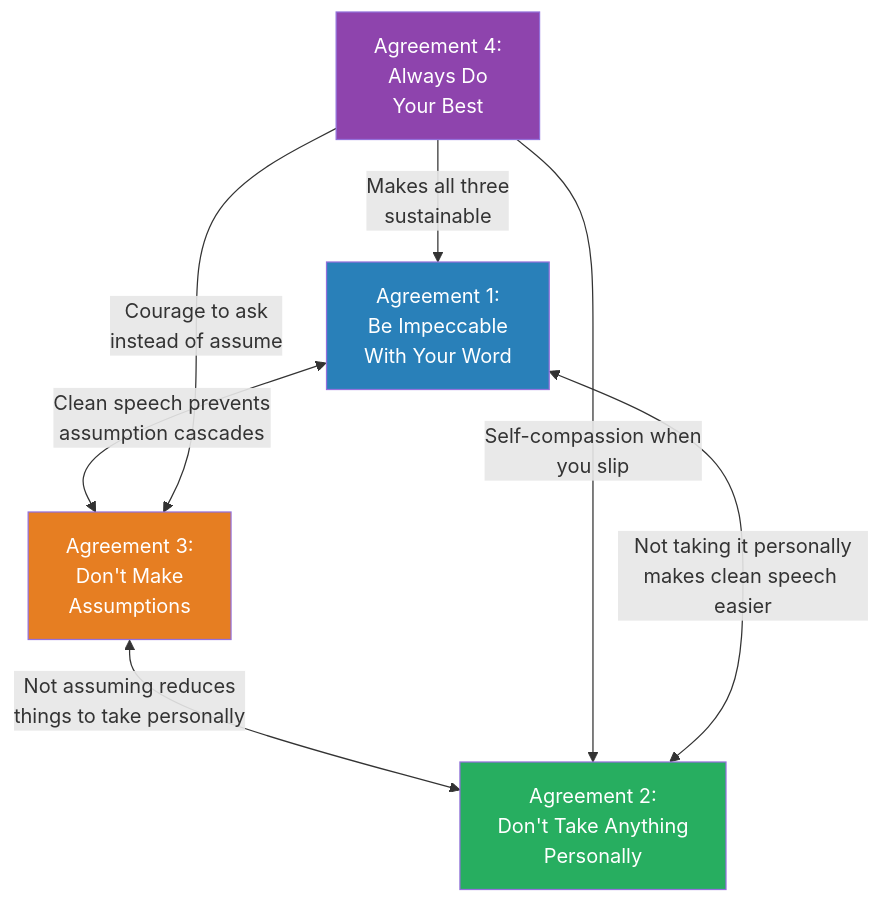
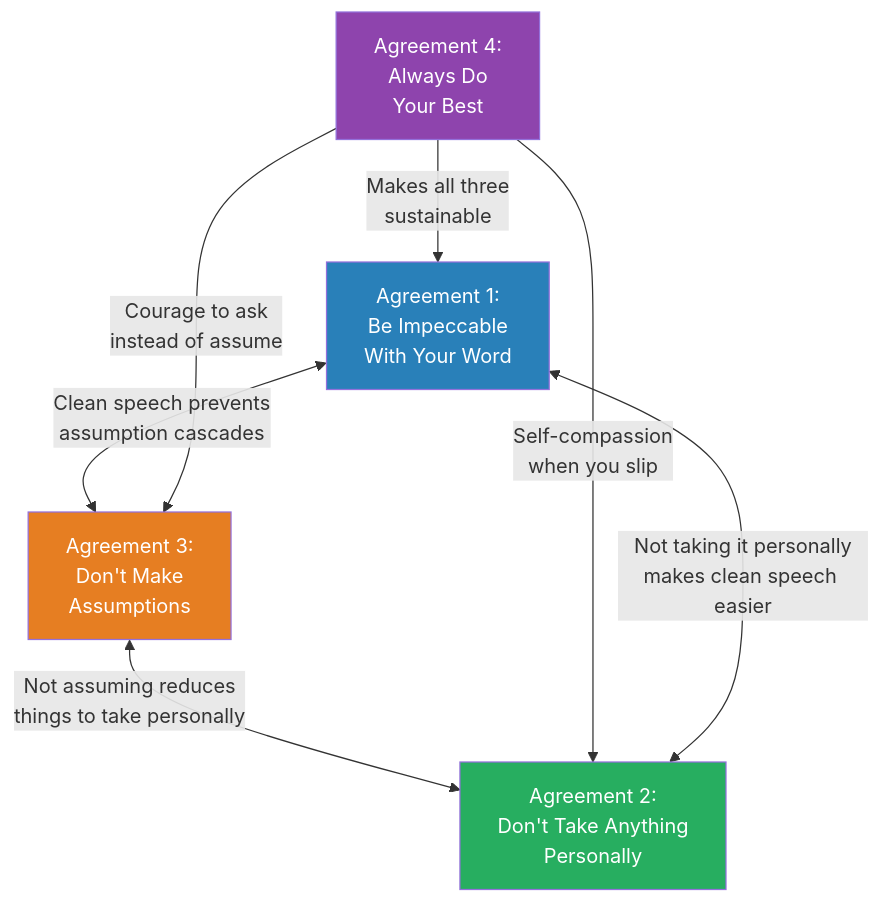
The sixth of 7 diagrams in summaries/Mindset & Self-Mastery/The Four Agreements - Don Miguel Ruiz.md (alius33/reader), drawn with Mermaid before and after one commit. The commit also changed other lines of this file and 272 other files, not shown here.

````diff
--- a/summaries/Mindset & Self-Mastery/The Four Agreements - Don Miguel Ruiz.md
+++ b/summaries/Mindset & Self-Mastery/The Four Agreements - Don Miguel Ruiz.md
@@ -524,14 +656,14 @@
 ```mermaid
 flowchart TD
-    A1["Agreement 1:\nBe Impeccable\nWith Your Word"] <-->|"Clean speech prevents\nassumption cascades"| A3["Agreement 3:\nDon't Make\nAssumptions"]
-    A2["Agreement 2:\nDon't Take Anything\nPersonally"] <-->|"Not taking it personally\nmakes clean speech easier"| A1
-    A3 <-->|"Not assuming reduces\nthings to take personally"| A2
-    A4["Agreement 4:\nAlways Do\nYour Best"] -->|"Makes all three\nsustainable"| A1
-    A4 -->|"Self-compassion when\nyou slip"| A2
-    A4 -->|"Courage to ask\ninstead of assume"| A3
-    
+    A1["Agreement 1:<br>Be Impeccable<br>With Your Word"] <-->|"Clean speech prevents<br>assumption cascades"| A3["Agreement 3:<br>Don't Make<br>Assumptions"]
+    A2["Agreement 2:<br>Don't Take Anything<br>Personally"] <-->|"Not taking it personally<br>makes clean speech easier"| A1
+    A3 <-->|"Not assuming reduces<br>things to take personally"| A2
+    A4["Agreement 4:<br>Always Do<br>Your Best"] -->|"Makes all three<br>sustainable"| A1
+    A4 -->|"Self-compassion<br>when you slip"| A2
+    A4 -->|"Courage to ask<br>instead of assume"| A3
+
     style A1 fill:#2980b9,color:#fff
     style A2 fill:#27ae60,color:#fff
     style A3 fill:#e67e22,color:#fff
     style A4 fill:#8e44ad,color:#fff
 ```
````
